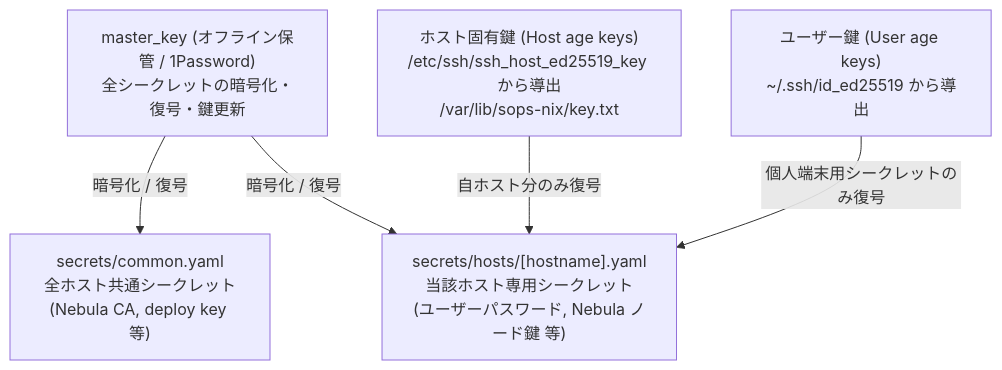
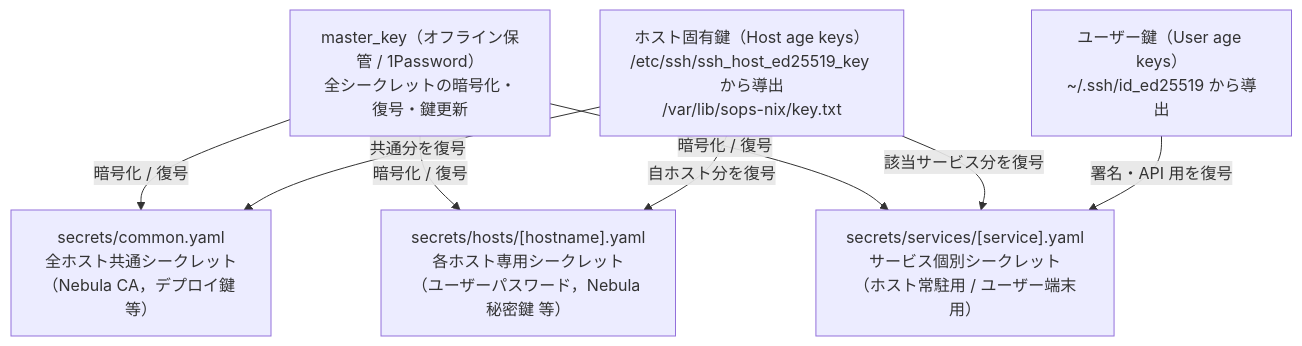
One commit to t3u-tsu/nix-config changed the diagram in docs/operations/secret-management.md. Above: the diagram before and after it, drawn with Mermaid. The commit also changed other lines of this file and 72 other files, not shown here.

````diff
--- a/docs/operations/secret-management.md
+++ b/docs/operations/secret-management.md
@@ -11,15 +9,19 @@
 ```mermaid
 graph TD
-    Master["master_key (オフライン保管 / 1Password)<br>全シークレットの暗号化・復号・鍵更新"]
-    HostKey["ホスト固有鍵 (Host age keys)<br>/etc/ssh/ssh_host_ed25519_key から導出<br>/var/lib/sops-nix/key.txt"]
-    UserKey["ユーザー鍵 (User age keys)<br>~/.ssh/id_ed25519 から導出"]
+    Master["master_key（オフライン保管 / 1Password）<br>全シークレットの暗号化・復号・鍵更新"]
+    HostKey["ホスト固有鍵（Host age keys）<br>/etc/ssh/ssh_host_ed25519_key から導出<br>/var/lib/sops-nix/key.txt"]
+    UserKey["ユーザー鍵（User age keys）<br>~/.ssh/id_ed25519 から導出"]
 
-    CommonSecret["secrets/common.yaml<br>全ホスト共通シークレット<br>(Nebula CA, deploy key 等)"]
-    HostSecret["secrets/hosts/[hostname].yaml<br>当該ホスト専用シークレット<br>(ユーザーパスワード, Nebula ノード鍵 等)"]
+    CommonSecret["secrets/common.yaml<br>全ホスト共通シークレット<br>（Nebula CA，デプロイ鍵 等）"]
+    HostSecret["secrets/hosts/[hostname].yaml<br>各ホスト専用シークレット<br>（ユーザーパスワード，Nebula 秘密鍵 等）"]
+    ServiceSecret["secrets/services/[service].yaml<br>サービス個別シークレット<br>（ホスト常駐用 / ユーザー端末用）"]
 
     Master -->|暗号化 / 復号| CommonSecret
     Master -->|暗号化 / 復号| HostSecret
+    Master -->|暗号化 / 復号| ServiceSecret
 
-    HostKey -->|自ホスト分のみ復号| HostSecret
-    UserKey -->|個人端末用シークレットのみ復号| HostSecret
+    HostKey -->|共通分を復号| CommonSecret
+    HostKey -->|自ホスト分を復号| HostSecret
+    HostKey -->|該当サービス分を復号| ServiceSecret
+    UserKey -->|署名・API 用を復号| ServiceSecret
 ```
````
